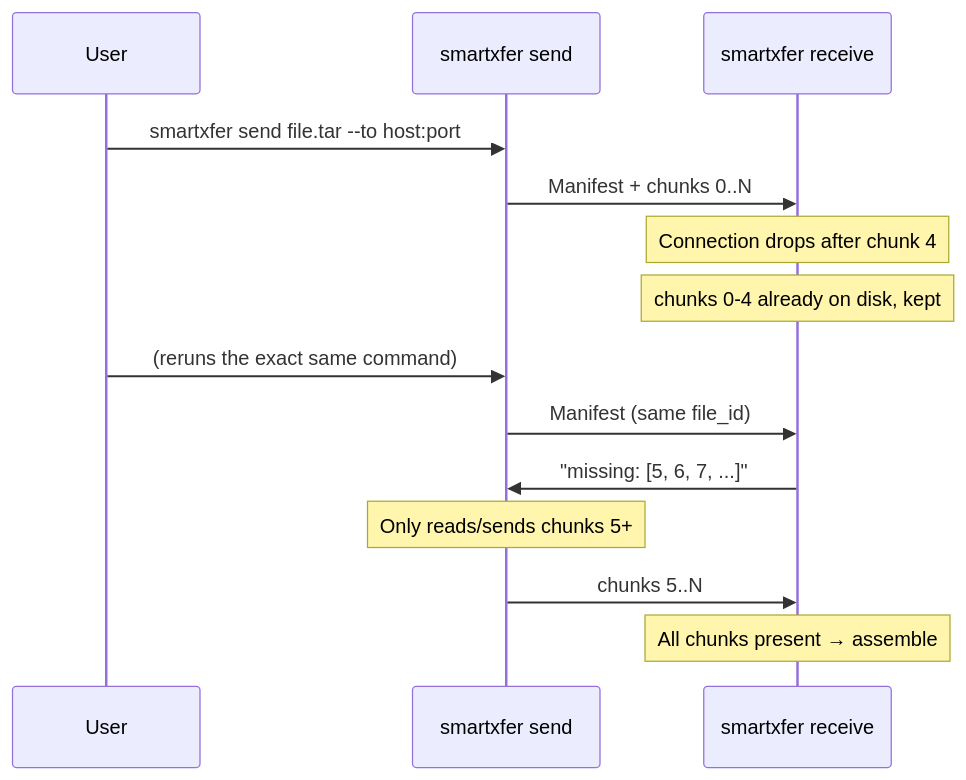
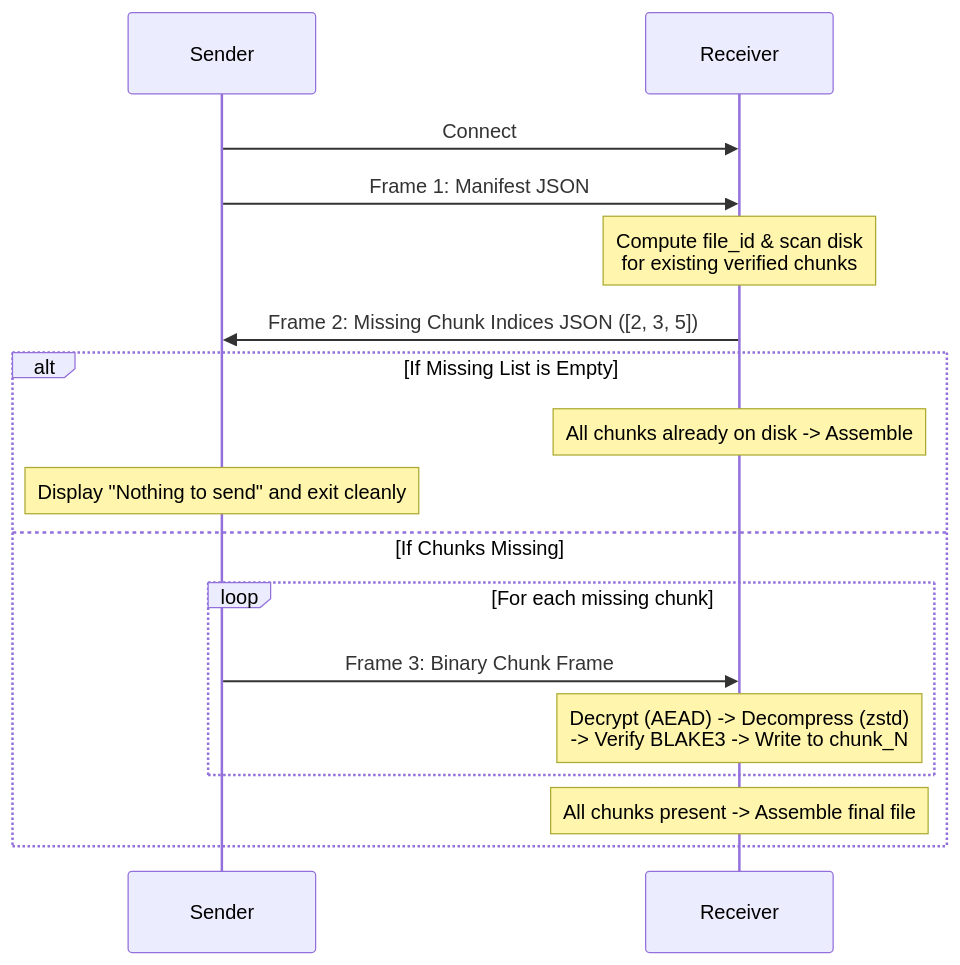
Before and after one commit to Sonalhegde/durasend: the sixth of 6 diagrams in README.md, drawn with Mermaid. The commit also changed other lines of this file, not shown here.

Commit message:
docs: enrich README.md with comprehensive flowcharts, network topologies, wire protocol specs, and instruction guides

````diff
--- a/README.md
+++ b/README.md
@@ -200,17 +326,20 @@
 ```mermaid
 sequenceDiagram
-    participant U as User
-    participant S as smartxfer send
-    participant R as smartxfer receive
+    participant S as Sender
+    participant R as Receiver
 
-    U->>S: smartxfer send file.tar --to host:port
-    S->>R: Manifest + chunks 0..N
-    Note over R: Connection drops after chunk 4
-    Note over R: chunks 0-4 already on disk, kept
-    U->>S: (reruns the exact same command)
-    S->>R: Manifest (same file_id)
-    R->>S: "missing: [5, 6, 7, ...]"
-    Note over S: Only reads/sends chunks 5+
-    S->>R: chunks 5..N
-    Note over R: All chunks present → assemble
+    S->>R: Connect
+    S->>R: Frame 1: Manifest JSON
+    Note over R: Compute file_id & scan disk<br/>for existing verified chunks
+    R->>S: Frame 2: Missing Chunk Indices JSON ([2, 3, 5])
+    alt If Missing List is Empty
+        Note over R: All chunks already on disk -> Assemble
+        Note over S: Display "Nothing to send" and exit cleanly
+    else If Chunks Missing
+        loop For each missing chunk
+            S->>R: Frame 3: Binary Chunk Frame
+            Note over R: Decrypt (AEAD) -> Decompress (zstd)<br/>-> Verify BLAKE3 -> Write to chunk_N
+        end
+        Note over R: All chunks present -> Assemble final file
+    end
 ```
````
